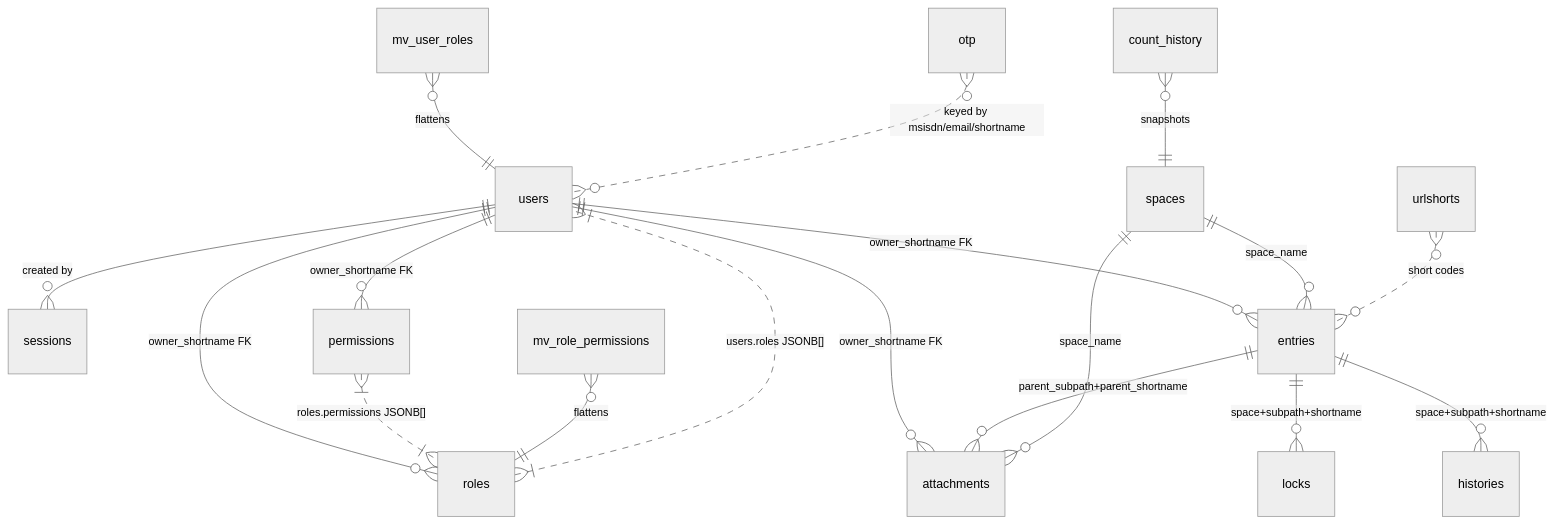
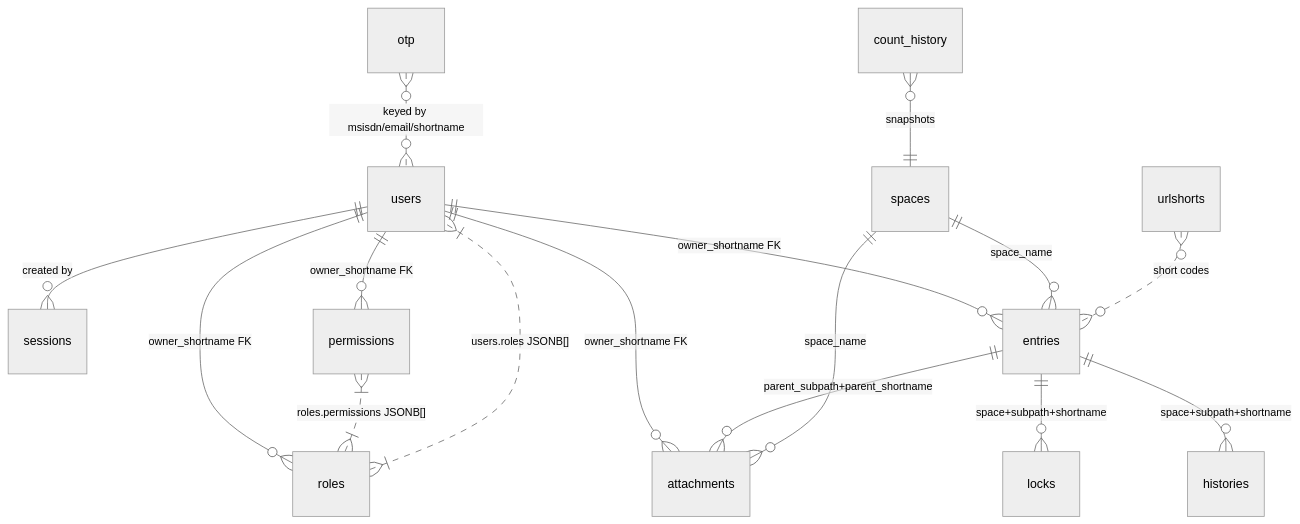
One commit to edraj/csdmart changed the diagram in docs/data-model.md. Above: the diagram before and after it, drawn with Mermaid (neutral theme). The commit also changed other lines of this file and 11 other files, not shown here.

````diff
--- a/docs/data-model.md
+++ b/docs/data-model.md
@@ -120,20 +120,18 @@
 ```mermaid
 erDiagram
     users ||--o{ sessions : "created by"
     users ||--o{ entries : "owner_shortname FK"
     users ||--o{ attachments : "owner_shortname FK"
     users ||--o{ permissions : "owner_shortname FK"
     users ||--o{ roles : "owner_shortname FK"
     roles  }|..|{ users : "users.roles JSONB[]"
     permissions }|..|{ roles : "roles.permissions JSONB[]"
-    mv_user_roles }o--|| users : "flattens"
-    mv_role_permissions }o--|| roles : "flattens"
     entries ||--o{ attachments : "parent_subpath+parent_shortname"
     entries ||--o{ histories : "space+subpath+shortname"
     entries ||--o{ locks : "space+subpath+shortname"
     spaces ||--o{ entries : "space_name"
     spaces ||--o{ attachments : "space_name"
     otp }o..o{ users : "keyed by msisdn/email/shortname"
     count_history }o--|| spaces : "snapshots"
     urlshorts }o..o{ entries : "short codes"
 ```
````
